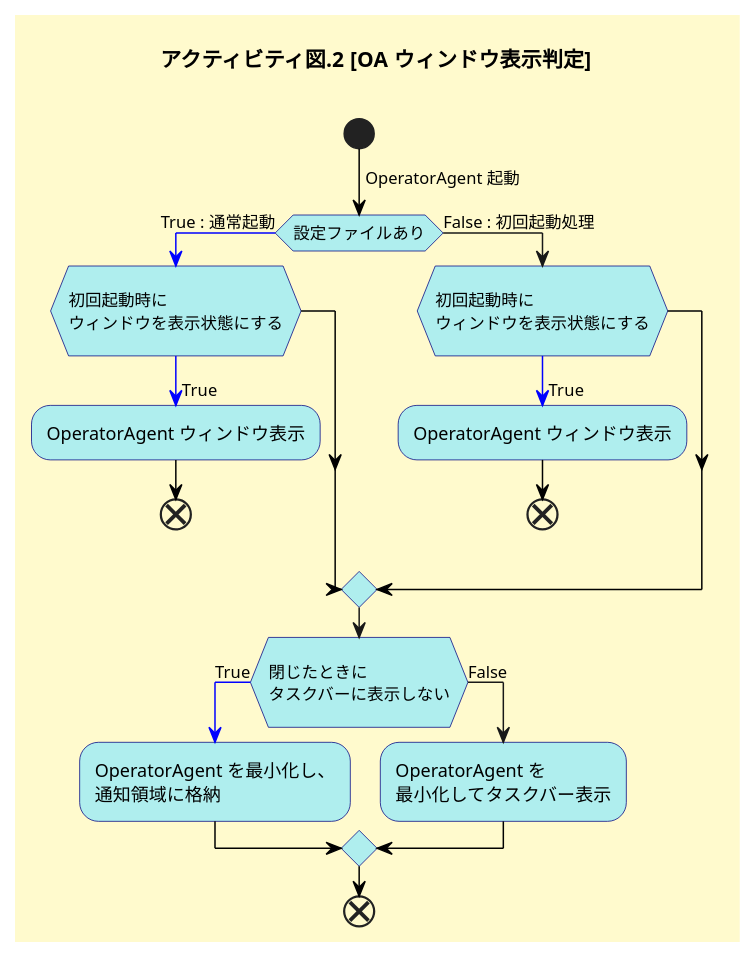
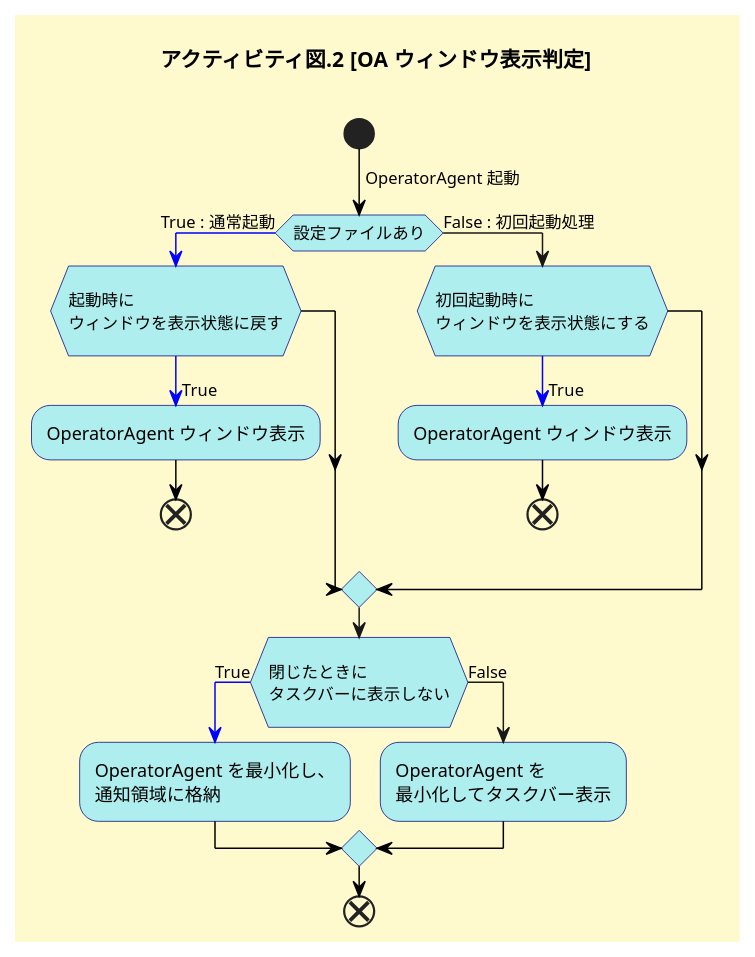
The second of 3 diagrams in 詳解 Communication Suite 機能編.md (ytakagi-ponkotsu/function), drawn with PlantUML before and after one commit. The commit also changed other lines of this file, not shown here.

```diff
--- a/詳解 Communication Suite 機能編.md
+++ b/詳解 Communication Suite 機能編.md
@@ -876,42 +876,42 @@
 	@startuml
 	skinparam {
 	defaultFontName BIZ UDPゴシック
 	}
 	skinparam backgroundColor #fffacd
 	skinparam activity  {
 	BackgroundColor #afeeee
 	BorderColor #000080
 	}
 	title アクティビティ図.2 [OA ウィンドウ表示判定]\n
 
 	start;
 	-[#black]-> OperatorAgent 起動;
 	if (設定ファイルあり) then
 	  -[#blue]-> True : 通常起動;
-		if (\n初回起動時に\nウィンドウを表示状態にする\n) then
+		if (\n起動時に\nウィンドウを表示状態に戻す\n) then
 			-[#blue]-> \nTrue;
 			:OperatorAgent ウィンドウ表示;
 			-[#black]->
 			end;
 		endif
 	else
 	  -> False : 初回起動処理;
 			if (\n初回起動時に\nウィンドウを表示状態にする\n) then
 				-[#blue]-> \nTrue;
 				:OperatorAgent ウィンドウ表示;
 				-[#black]->
 				end;
 			endif
 	endif
 	if (\n閉じたときに\nタスクバーに表示しない\n) then
 		-[#blue]-> \nTrue;
 		:OperatorAgent を最小化し、\n通知領域に格納;
 		-[#black]->
 	else
 		-> \nFalse;
 		:OperatorAgent を\n最小化してタスクバー表示;
 		-[#black]->
 	endif
 	-[#black]->
 	end;
 	@enduml
```
